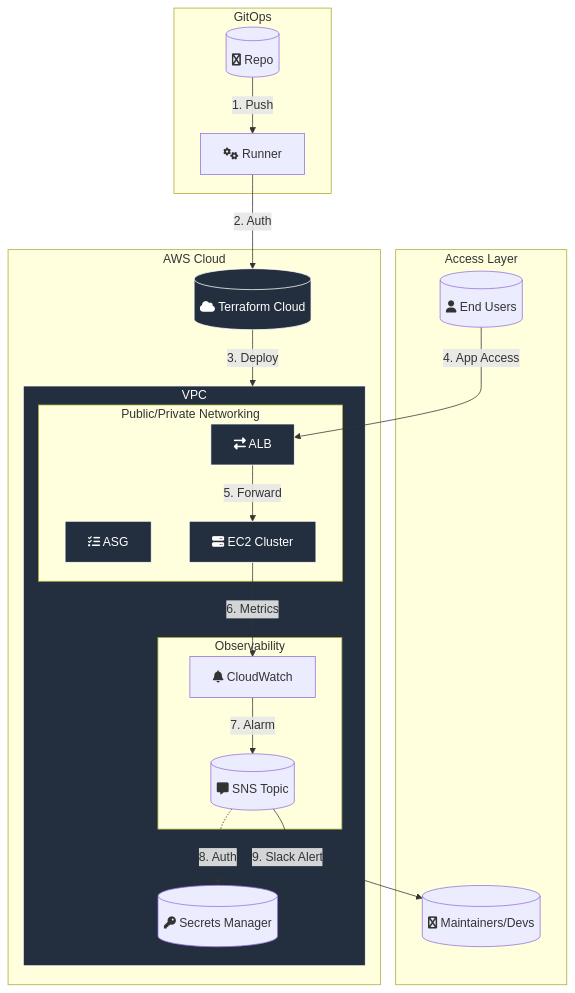
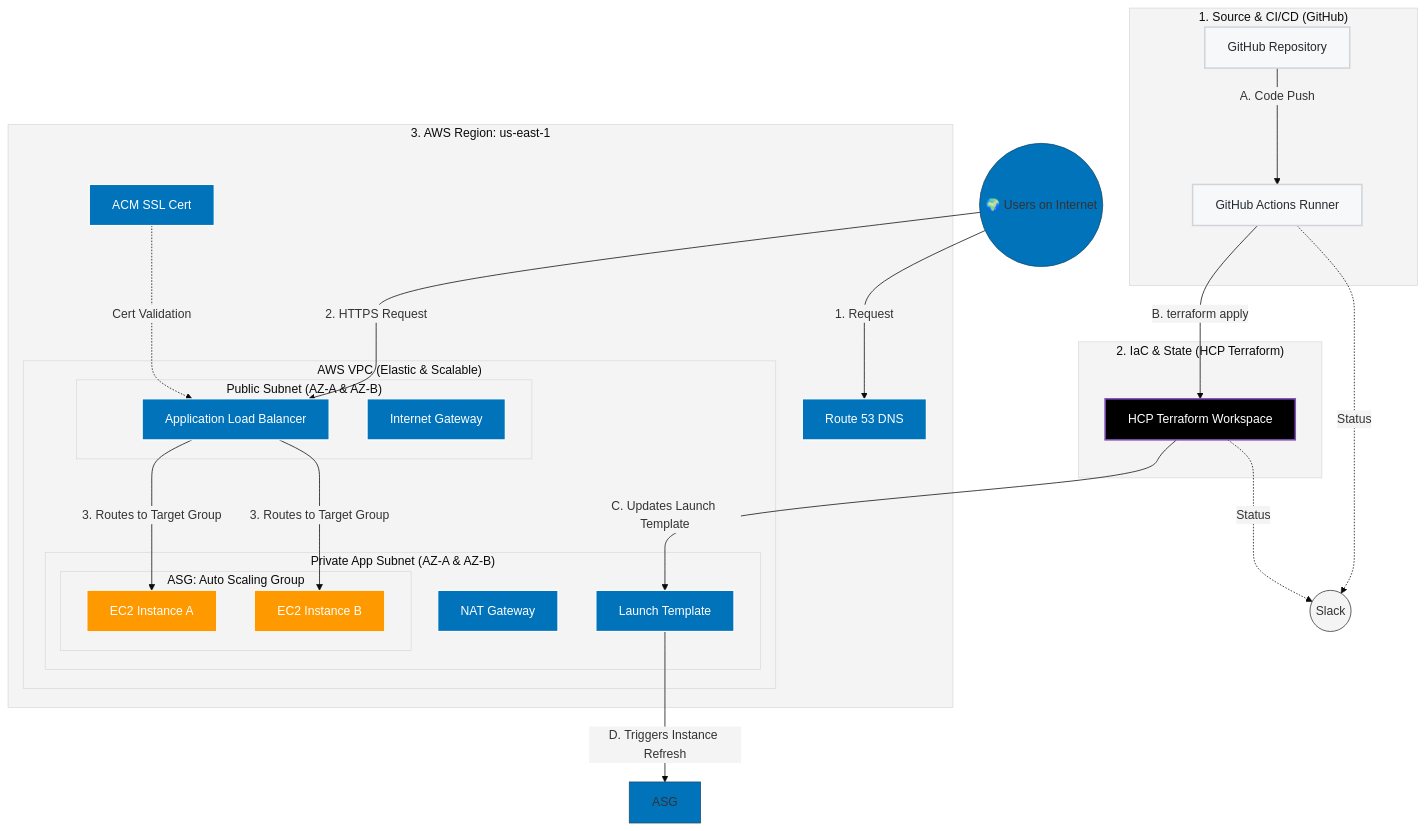
The diagram in README.md (Ohioze2000/gitaction_aws_asg), drawn with Mermaid before and after one commit.

Commit message:
Did another update on README.md file

````diff
--- a/README.md
+++ b/README.md
@@ -5,52 +5,73 @@
 ```mermaid
 
+%%{init: {'theme': 'base', 'themeVariables': { 'primaryColor': '#0073bb', 'edgeLabelBackground':'#f4f4f4', 'tertiaryColor': '#f4f4f4'}}}%%
 graph TD
-    %% --- Define Nodes ---
-    subgraph Users [Access Layer]
-        User[("fa:fa-user End Users")]
-        SlackDevs[("fa:fa-slack Maintainers/Devs")]
+    %% Define External Nodes
+    Internet((🌍 Users on Internet))
+
+    subgraph "1. Source & CI/CD (GitHub)"
+        GitRepo[GitHub Repository]
+        GHA[GitHub Actions Runner]
     end
 
-    subgraph GitHub_Layer [GitOps]
-        Repo[("fa:fa-github Repo")]
-        ActionRunner["fa:fa-cogs Runner"]
+    subgraph "2. IaC & State (HCP Terraform)"
+        TFCloud[HCP Terraform Workspace]
     end
 
-    subgraph AWS [AWS Cloud]
-        TF_Cloud[("fa:fa-cloud Terraform Cloud")]
+    %% Define AWS Cloud Boundaries
+    subgraph "3. AWS Region: us-east-1"
+        Route53[Route 53 DNS]
+        ACM[ACM SSL Cert]
         
-        subgraph VPC [VPC]
-            Secrets[("fa:fa-key Secrets Manager")]
+        subgraph "AWS VPC (Elastic & Scalable)"
             
-            subgraph Monitoring [Observability]
-                CW_Alarm["fa:fa-bell CloudWatch"]
-                SNS_Topic[("fa:fa-comment-alt SNS Topic")]
+            %% Define Public Subnets
+            subgraph "Public Subnet (AZ-A & AZ-B)"
+                ALB[Application Load Balancer]
+                IGW[Internet Gateway]
             end
-            
-            subgraph Network [Public/Private Networking]
-                ALB["fa:fa-exchange-alt ALB"]
-                ASG["fa:fa-tasks ASG"]
-                EC2_Nodes["fa:fa-server EC2 Cluster"]
+
+            %% Define Private Subnets
+            subgraph "Private App Subnet (AZ-A & AZ-B)"
+                subgraph "ASG: Auto Scaling Group"
+                    EC2_A[EC2 Instance A]
+                    EC2_B[EC2 Instance B]
+                end
+                LT[Launch Template]
+                NAT[NAT Gateway]
             end
         end
     end
 
-    %% --- Flow Definitions (Using Pipe Syntax) ---
-    Repo -->|1. Push| ActionRunner
-    ActionRunner -->|2. Auth| TF_Cloud
-    TF_Cloud -->|3. Deploy| VPC
+    %% Define Flows & Relationships
+    GitRepo -->|"A. Code Push"| GHA
+    GHA -->|"B. terraform apply"| TFCloud
+    TFCloud -->|"C. Updates Launch Template"| LT
+    LT -->|"D. Triggers Instance Refresh"| ASG
+    
+    %% External User Flow
+    Internet -->|"1. Request"| Route53
+    Internet -->|"2. HTTPS Request"| ALB
+    ACM -.->|"Cert Validation"| ALB
 
-    User -->|4. App Access| ALB
-    ALB -->|5. Forward| EC2_Nodes
+    %% Traffic Distribution
+    ALB -->|"3. Routes to Target Group"| EC2_A
+    ALB -->|"3. Routes to Target Group"| EC2_B
+    
+    %% Notifications
+    GHA -.->|Status| Slack((Slack))
+    TFCloud -.->|Status| Slack((Slack))
 
-    EC2_Nodes -->|6. Metrics| CW_Alarm
-    CW_Alarm -->|7. Alarm| SNS_Topic
-    
-    %% THE PREVIOUSLY BROKEN LINE (Refactored to avoid quotes)
-    SNS_Topic -.->|8. Auth| Secrets
-    SNS_Topic -->|9. Slack Alert| SlackDevs
+    %% Styling
+    classDef git fill:#f6f8fa,stroke:#d1d5da,stroke-width:2px,color:#24292e;
+    classDef aws fill:#FF9900,stroke:#fff,stroke-width:1px,color:#fff;
+    classDef aws_blue fill:#0073bb,stroke:#fff,stroke-width:1.5px,color:#fff;
+    classDef hashicorp fill:#000,stroke:#844FBA,stroke-width:2px,color:#fff;
+    classDef tool fill:#f4f4f4,stroke:#333,stroke-width:1px;
 
-    %% Stylize
-    classDef aws fill:#232f3e,stroke:#fff,color:#fff;
-    class ALB,ASG,EC2_Nodes,VPC,TF_Cloud aws;
+    class GitRepo,GHA git;
+    class Route53,ACM,ALB,IGW,NAT,LT aws_blue;
+    class EC2_A,EC2_B aws;
+    class TFCloud hashicorp;
+    class Slack tool;
 ```
````
